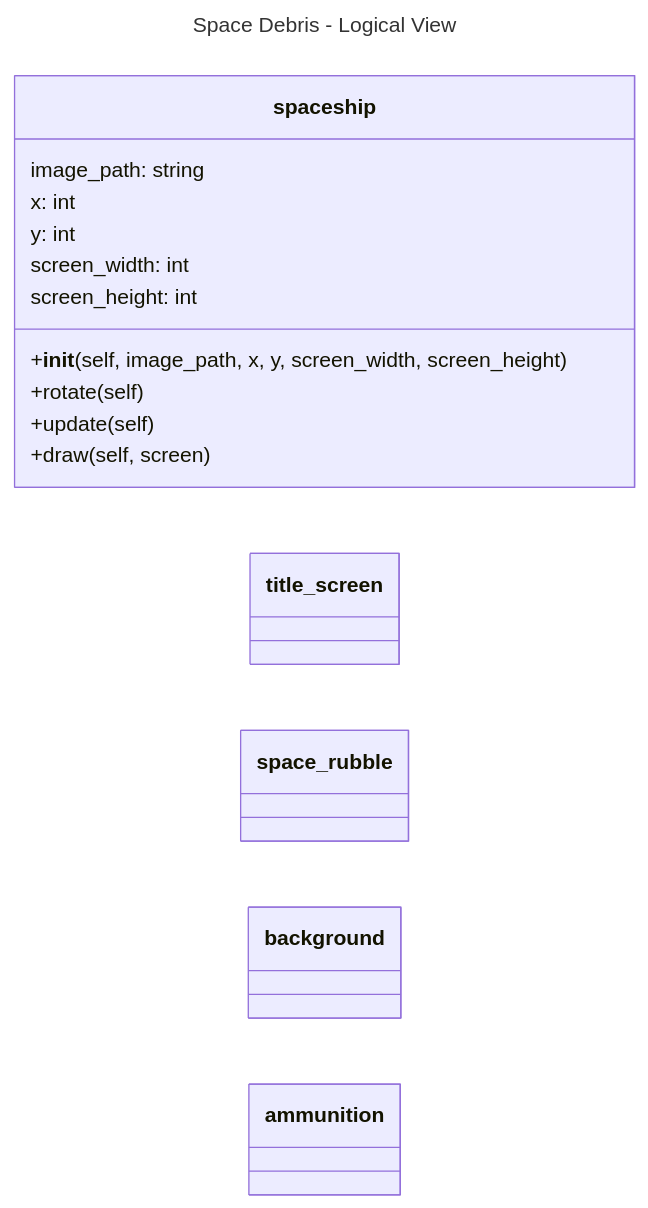
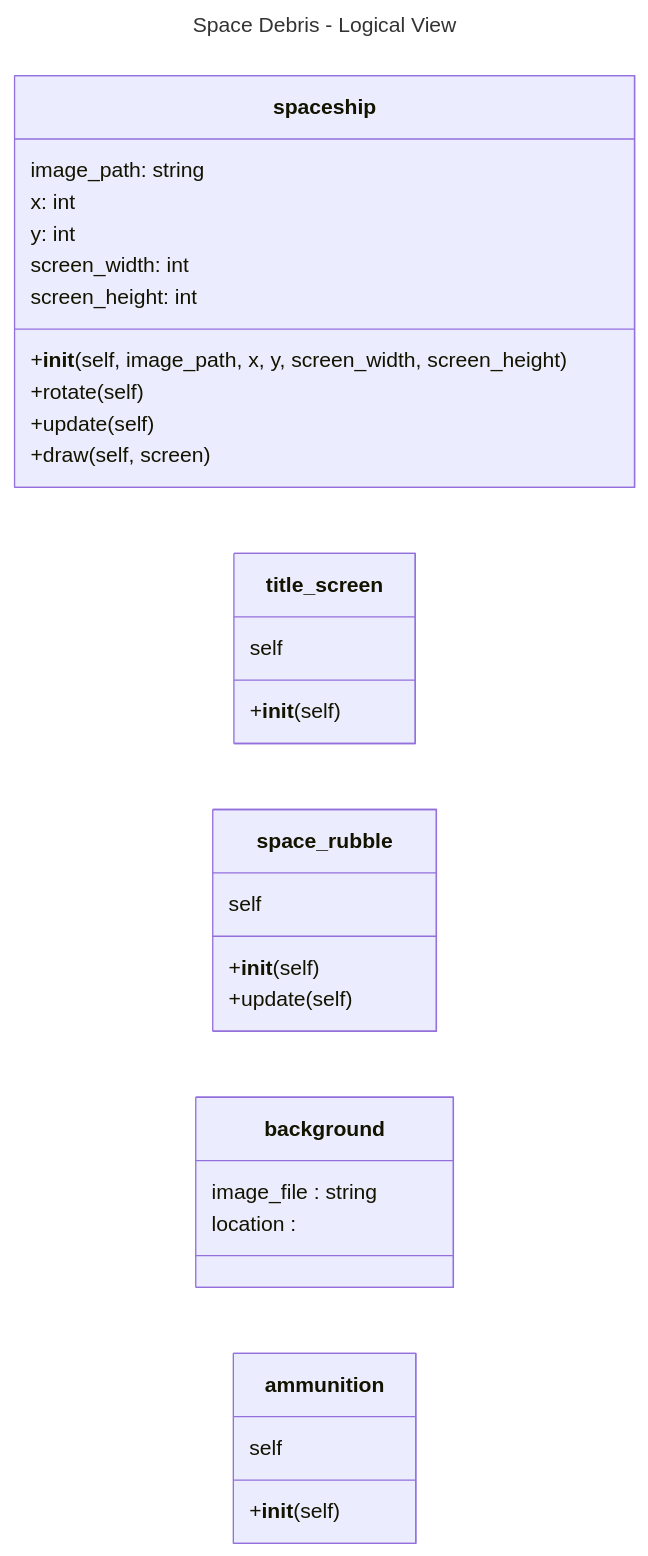
One commit to mmehta2669/Final_Project_Group_2 changed the diagram in README.md. Above: the diagram before and after it, drawn with Mermaid.

````diff
--- a/README.md
+++ b/README.md
@@ -14,37 +14,45 @@
 ```mermaid
 ---
 title: Space Debris - Logical View
 ---
 classDiagram 
  direction LR
  class spaceship {
   image_path: string
   x: int
   y: int
   screen_width: int
   screen_height: int 
   +__init__(self, image_path, x, y, screen_width, screen_height)
   +rotate(self)
   +update(self)
   +draw(self, screen)
 }
 
  class title_screen {
+  self
+  +__init__(self)
 
 }
 
  class space_rubble {
-
+  self
+  +__init__(self)
+  +update(self)
 }
 
 
  class background {
+  image_file : string
+  location : 
 
 }
 
  class ammunition {
+  self
+  +__init__(self)
 
 }
 
 
 ```
````
